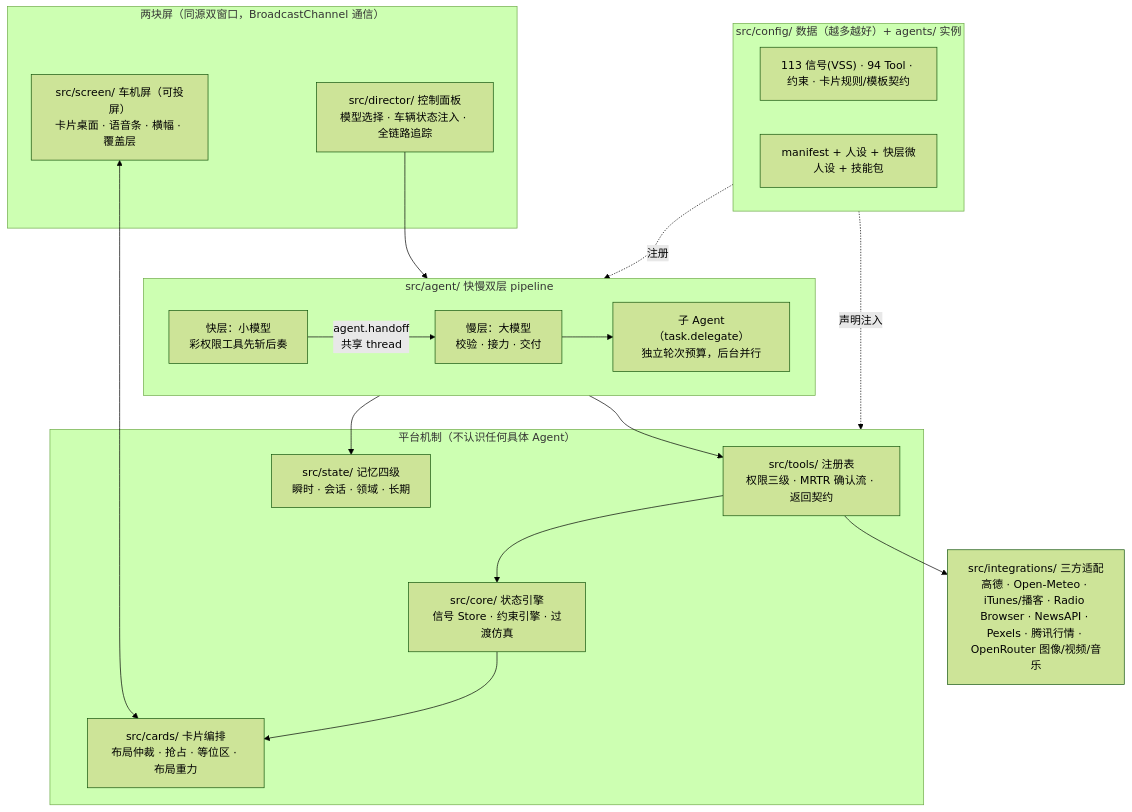
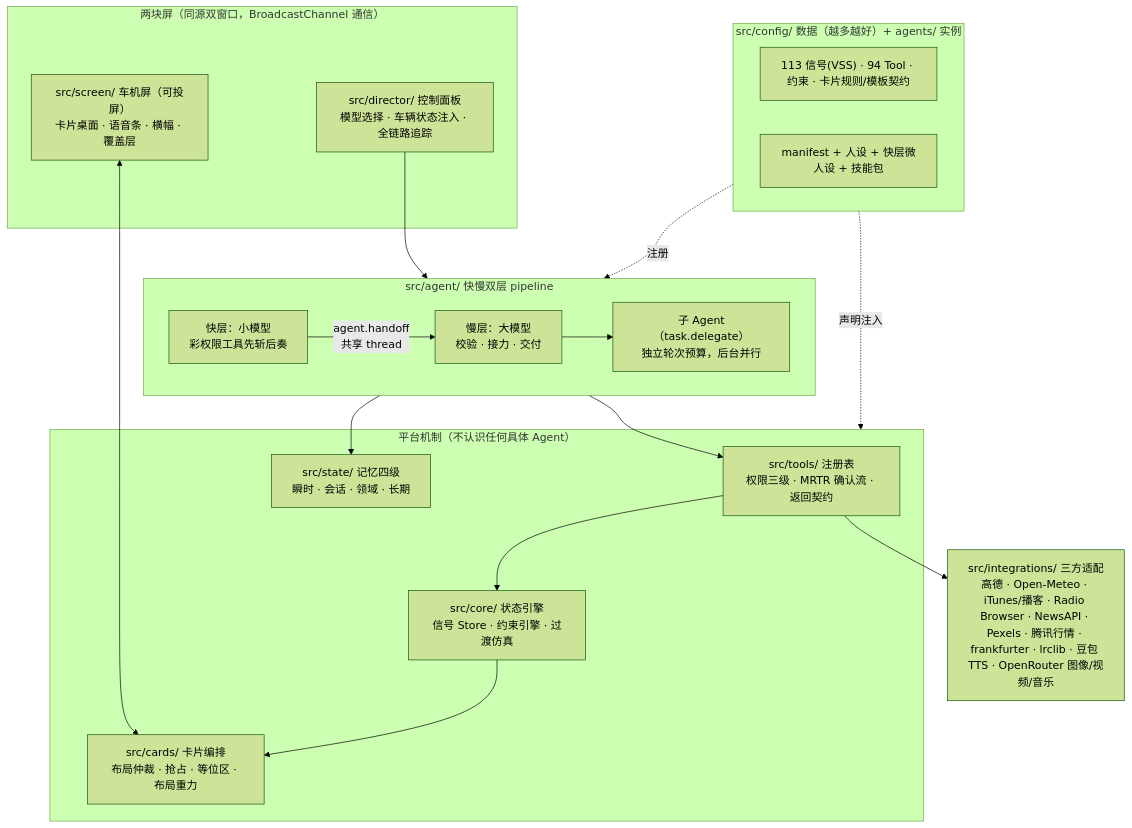
The second of 6 diagrams in README.md (yancent-dao/cockpit-agent-sim), drawn with Mermaid (forest theme) before and after one commit. The commit also changed other lines of this file, not shown here.

````diff
--- a/README.md
+++ b/README.md
@@ -53,33 +71,33 @@
 ```mermaid
 flowchart TB
     subgraph UI["两块屏（同源双窗口，BroadcastChannel 通信）"]
         director["src/director/ 控制面板<br/>模型选择 · 车辆状态注入 · 全链路追踪"]
         screen["src/screen/ 车机屏（可投屏）<br/>卡片桌面 · 语音条 · 横幅 · 覆盖层"]
     end
     subgraph AGENT["src/agent/ 快慢双层 pipeline"]
         fast["快层：小模型<br/>彩权限工具先斩后奏"]
         slow["慢层：大模型<br/>校验 · 接力 · 交付"]
         sub["子 Agent（task.delegate）<br/>独立轮次预算，后台并行"]
         fast -- "agent.handoff<br/>共享 thread" --> slow
         slow --> sub
     end
     subgraph PLATFORM["平台机制（不认识任何具体 Agent）"]
         tools["src/tools/ 注册表<br/>权限三级 · MRTR 确认流 · 返回契约"]
         core["src/core/ 状态引擎<br/>信号 Store · 约束引擎 · 过渡仿真"]
         cards["src/cards/ 卡片编排<br/>布局仲裁 · 抢占 · 等位区 · 布局重力"]
         state["src/state/ 记忆四级<br/>瞬时 · 会话 · 领域 · 长期"]
     end
     subgraph DATA["src/config/ 数据（越多越好）+ agents/ 实例"]
         config["113 信号(VSS) · 94 Tool · 约束 · 卡片规则/模板契约"]
         manifest["manifest + 人设 + 快层微人设 + 技能包"]
     end
-    integrations["src/integrations/ 三方适配<br/>高德 · Open-Meteo · iTunes/播客 · Radio Browser · NewsAPI · Pexels · 腾讯行情 · OpenRouter 图像/视频/音乐"]
+    integrations["src/integrations/ 三方适配<br/>高德 · Open-Meteo · iTunes/播客 · Radio Browser · NewsAPI · Pexels · 腾讯行情 · frankfurter · lrclib · 豆包 TTS · OpenRouter 图像/视频/音乐"]
 
     director --> AGENT
     screen <--> cards
     AGENT --> tools --> core --> cards
     tools --> integrations
     AGENT --> state
     DATA -.声明注入.-> PLATFORM
     DATA -.注册.-> AGENT
 ```
````
